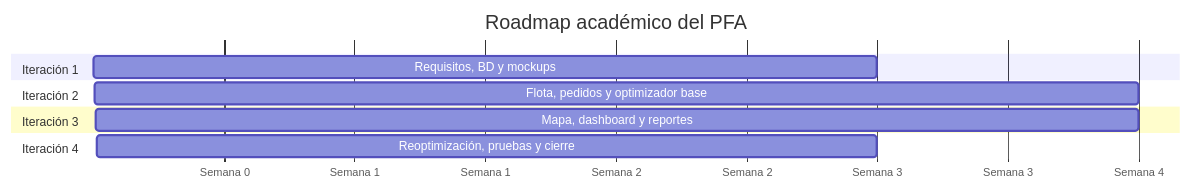
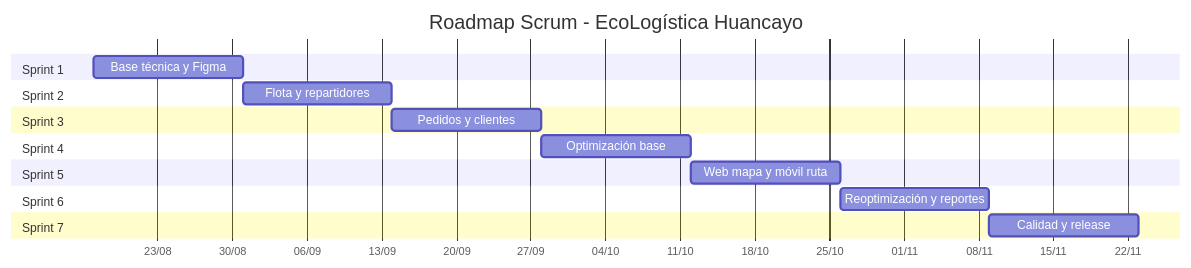
One commit to DartBlackLink/PFA changed the second of 2 diagrams in docs/02 Planificación/02 Artefactos Jira V_1_0_0.md. Above: the diagram before and after it, drawn with Mermaid. The commit also changed other lines of this file and 17 other files, not shown here.

````diff
--- a/docs/02 Planificación/02 Artefactos Jira V_1_0_0.md
+++ b/docs/02 Planificación/02 Artefactos Jira V_1_0_0.md
@@ -35,14 +83,20 @@
 ```mermaid
 gantt
-    title Roadmap académico del PFA
-    dateFormat  X
-    axisFormat  Semana %s
-    section Iteración 1
-    Requisitos, BD y mockups           :a1, 1, 3
-    section Iteración 2
-    Flota, pedidos y optimizador base  :a2, 4, 4
-    section Iteración 3
-    Mapa, dashboard y reportes         :a3, 8, 4
-    section Iteración 4
-    Reoptimización, pruebas y cierre   :a4, 12, 3
+    title Roadmap Scrum - EcoLogística Huancayo
+    dateFormat YYYY-MM-DD
+    axisFormat %d/%m
+    section Sprint 1
+    Base técnica y Figma : 2026-08-17, 14d
+    section Sprint 2
+    Flota y repartidores : 2026-08-31, 14d
+    section Sprint 3
+    Pedidos y clientes : 2026-09-14, 14d
+    section Sprint 4
+    Optimización base : 2026-09-28, 14d
+    section Sprint 5
+    Web mapa y móvil ruta : 2026-10-12, 14d
+    section Sprint 6
+    Reoptimización y reportes : 2026-10-26, 14d
+    section Sprint 7
+    Calidad y release : 2026-11-09, 14d
 ```
````
